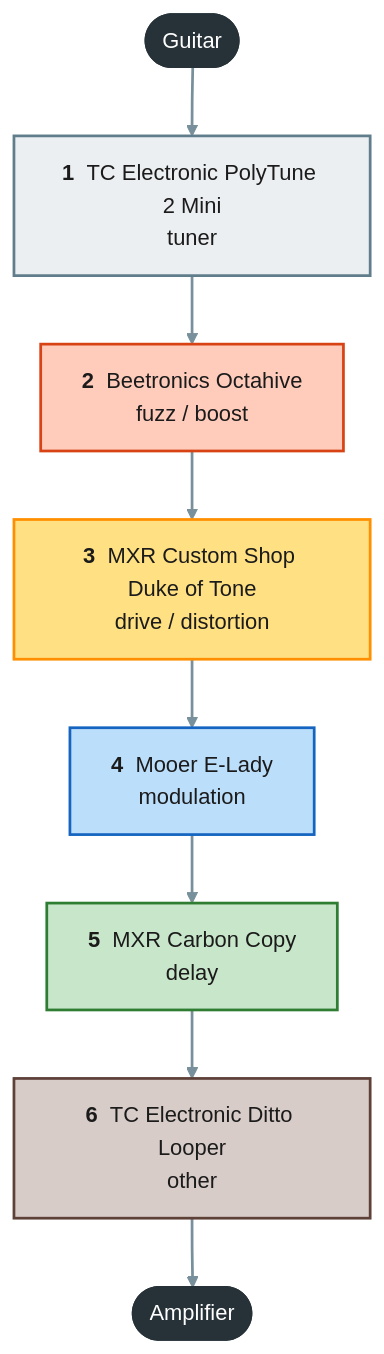
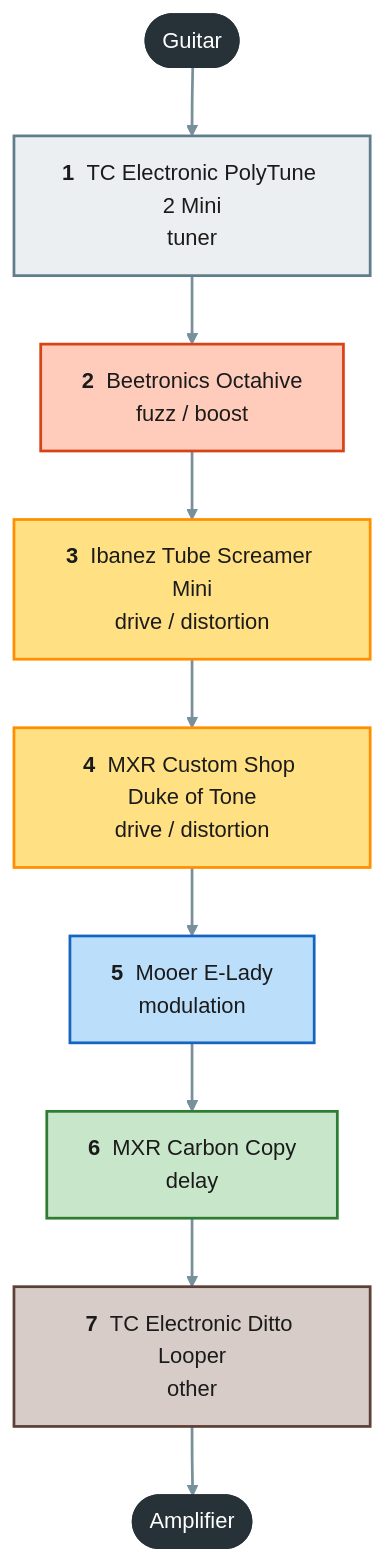
One commit to pedroacvieira/pedalboard changed the first of 2 diagrams in projects/guitar-practice/README.md. Above: the diagram before and after it, drawn with Mermaid (forest theme). The commit also changed other lines of this file and 22 other files, not shown here.

Commit message:
Layouts of all three boards; bass on the XPND 1 + extension with the MXR Bass Envelope Filter and Bass Chorus Deluxe; practice with the Tube Screamer Mini; owner's jacks and footswitches

````diff
--- a/projects/guitar-practice/README.md
+++ b/projects/guitar-practice/README.md
@@ -11,20 +18,21 @@
 ```mermaid
 flowchart TB
     guitar(["Guitar"]):::endpoint
     polytune_2_mini["<b>1</b> &nbsp;TC Electronic PolyTune 2 Mini<br/>tuner"]:::c_tuner
     octahive["<b>2</b> &nbsp;Beetronics Octahive<br/>fuzz / boost"]:::c_fuzz___boost
-    duke_of_tone["<b>3</b> &nbsp;MXR Custom Shop Duke of Tone<br/>drive / distortion"]:::c_drive___distortion
-    e_lady["<b>4</b> &nbsp;Mooer E-Lady<br/>modulation"]:::c_modulation
-    carbon_copy["<b>5</b> &nbsp;MXR Carbon Copy<br/>delay"]:::c_delay
-    ditto_looper["<b>6</b> &nbsp;TC Electronic Ditto Looper<br/>other"]:::c_other
+    ibanez_ts_mini["<b>3</b> &nbsp;Ibanez Tube Screamer Mini<br/>drive / distortion"]:::c_drive___distortion
+    duke_of_tone["<b>4</b> &nbsp;MXR Custom Shop Duke of Tone<br/>drive / distortion"]:::c_drive___distortion
+    e_lady["<b>5</b> &nbsp;Mooer E-Lady<br/>modulation"]:::c_modulation
+    carbon_copy["<b>6</b> &nbsp;MXR Carbon Copy<br/>delay"]:::c_delay
+    ditto_looper["<b>7</b> &nbsp;TC Electronic Ditto Looper<br/>other"]:::c_other
     amp(["Amplifier"]):::endpoint
-    guitar --> polytune_2_mini --> octahive --> duke_of_tone --> e_lady --> carbon_copy --> ditto_looper --> amp
+    guitar --> polytune_2_mini --> octahive --> ibanez_ts_mini --> duke_of_tone --> e_lady --> carbon_copy --> ditto_looper --> amp
     classDef endpoint fill:#263238,stroke:#263238,color:#ffffff
     classDef c_tuner fill:#eceff1,stroke:#607d8b,stroke-width:2px,color:#1b1b1b
     classDef c_fuzz___boost fill:#ffccbc,stroke:#d84315,stroke-width:2px,color:#1b1b1b
     classDef c_drive___distortion fill:#ffe082,stroke:#ff8f00,stroke-width:2px,color:#1b1b1b
     classDef c_modulation fill:#bbdefb,stroke:#1565c0,stroke-width:2px,color:#1b1b1b
     classDef c_delay fill:#c8e6c9,stroke:#2e7d32,stroke-width:2px,color:#1b1b1b
     classDef c_other fill:#d7ccc8,stroke:#5d4037,stroke-width:2px,color:#1b1b1b
     linkStyle default stroke:#78909c,stroke-width:2px
 ```
````
